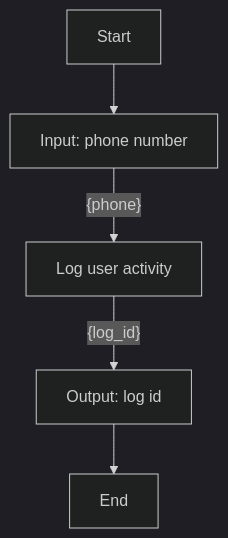
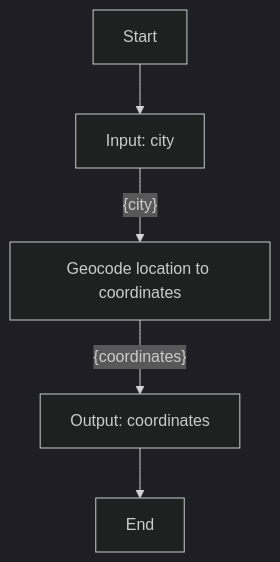
The diagram in poc-dsl-compiler/input/workflows/workflow_1.md (YJ-928/Temporal-Python-SDK), drawn with Mermaid (dark theme) before and after one commit. The commit also changed 46 other files, not shown here.

````diff
--- a/poc-dsl-compiler/input/workflows/workflow_1.md
+++ b/poc-dsl-compiler/input/workflows/workflow_1.md
@@ -1,7 +1,7 @@
 ```mermaid
 graph TD
-    A[Start] --> B[Input: phone number]
-    B[Input: phone number] -- {phone} --> C[Log user activity]
-    C[Log user activity] -- {log_id} --> D[Output: log id]
-    D[Output: log id] --> E[End]
+    A[Start] --> B[Input: city]
+    B[Input: city] -- {city} --> C[Geocode location to coordinates]
+    C[Geocode location to coordinates] -- {coordinates} --> D[Output: coordinates]
+    D[Output: coordinates] --> E[End]
 ```
````
